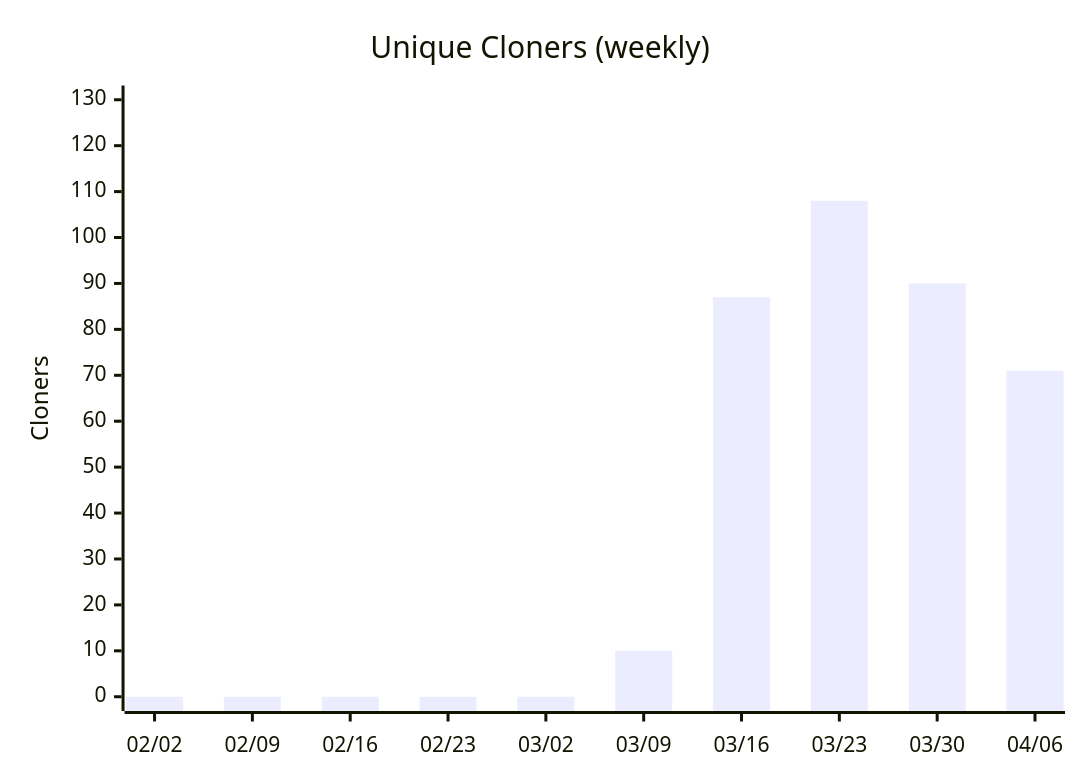
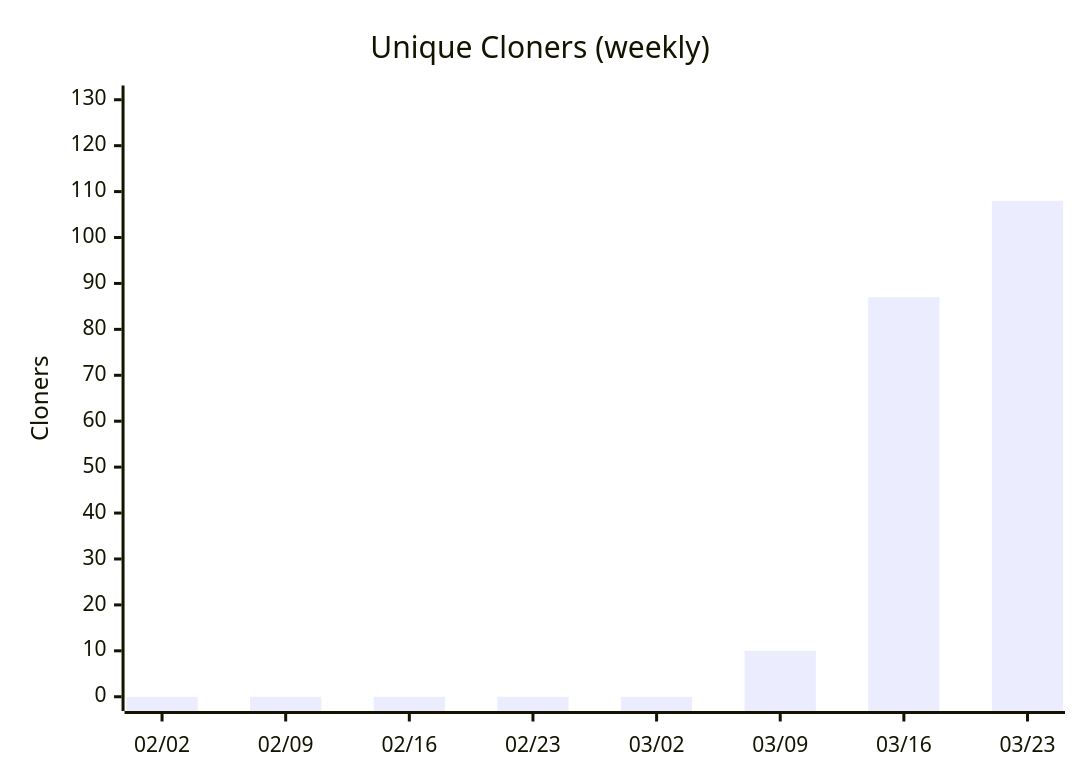
One commit to nablarch/nabledge-dev changed diagram 14 of 14 in docs/metrics.md. Above: the diagram before and after it, drawn with Mermaid. The commit also changed other lines of this file and 1 other file, not shown here.

````diff
--- a/docs/metrics.md
+++ b/docs/metrics.md
@@ -173,7 +171,7 @@
 ```mermaid
 xychart-beta
   title "Unique Cloners (weekly)"
-  x-axis ["02/02", "02/09", "02/16", "02/23", "03/02", "03/09", "03/16", "03/23", "03/30", "04/06"]
+  x-axis ["02/02", "02/09", "02/16", "02/23", "03/02", "03/09", "03/16", "03/23"]
   y-axis "Cloners" 0 --> 130
-  bar [0, 0, 0, 0, 0, 10, 87, 108, 90, 71]
+  bar [0, 0, 0, 0, 0, 10, 87, 108]
 ```
````
